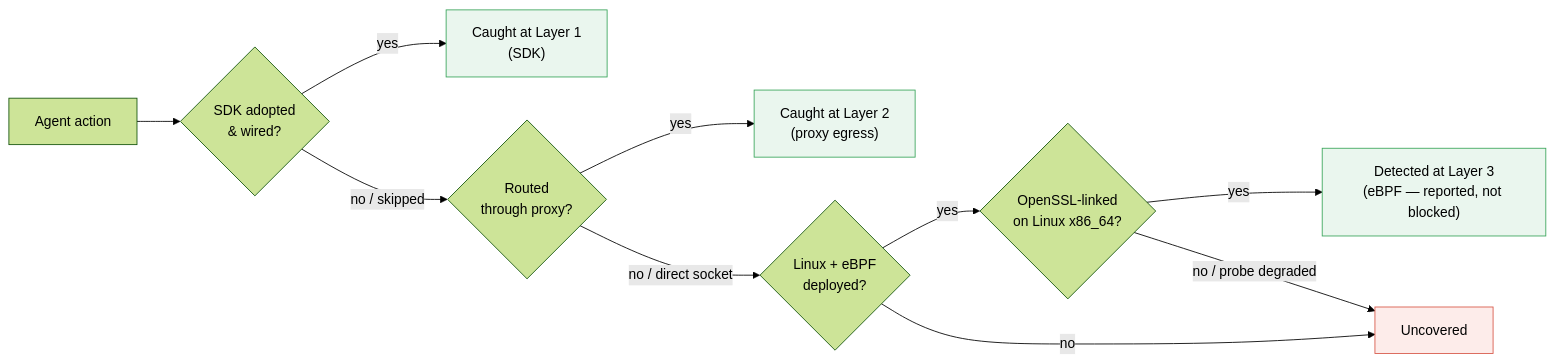
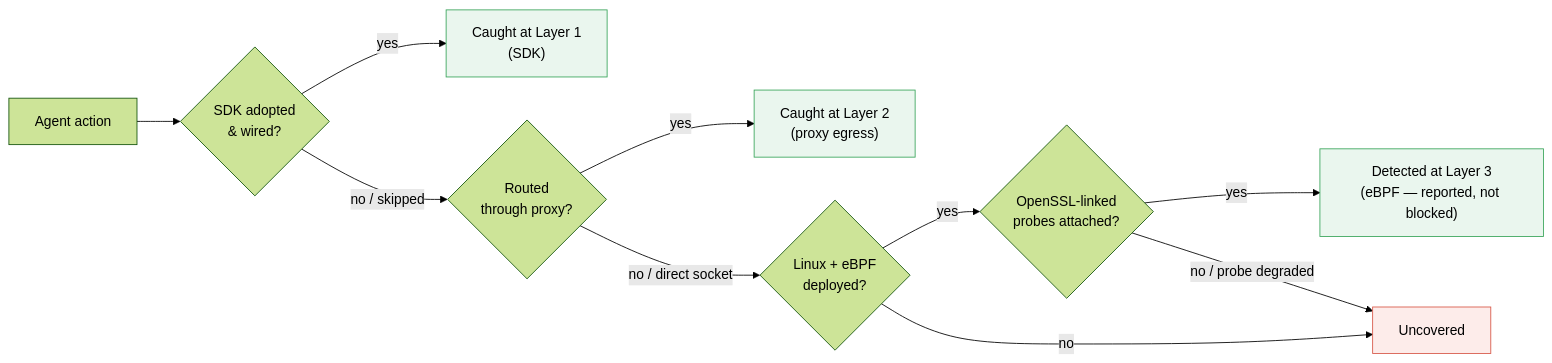
Before and after one commit to ai-agent-assembly/agent-assembly: the second of 2 diagrams in docs/src/security/three-layer-defense.md, drawn with Mermaid (forest theme). The commit also changed other lines of this file, not shown here.

````diff
--- a/docs/src/security/three-layer-defense.md
+++ b/docs/src/security/three-layer-defense.md
@@ -163,15 +193,15 @@
 ```mermaid
 flowchart LR
     classDef catch fill:#eaf6ee,stroke:#3aa55b
     classDef miss fill:#fdecea,stroke:#d75748
 
     A["Agent action"] --> Q1{"SDK adopted<br/>& wired?"}
     Q1 -->|yes| C1["Caught at Layer 1<br/>(SDK)"]:::catch
     Q1 -->|"no / skipped"| Q2{"Routed<br/>through proxy?"}
     Q2 -->|yes| C2["Caught at Layer 2<br/>(proxy egress)"]:::catch
     Q2 -->|"no / direct socket"| Q3{"Linux + eBPF<br/>deployed?"}
-    Q3 -->|yes| Q4{"OpenSSL-linked<br/>on Linux x86_64?"}
+    Q3 -->|yes| Q4{"OpenSSL-linked<br/>probes attached?"}
     Q4 -->|yes| C3["Detected at Layer 3<br/>(eBPF — reported, not blocked)"]:::catch
     Q4 -->|"no / probe degraded"| U["Uncovered"]:::miss
     Q3 -->|no| U
 ```
````
